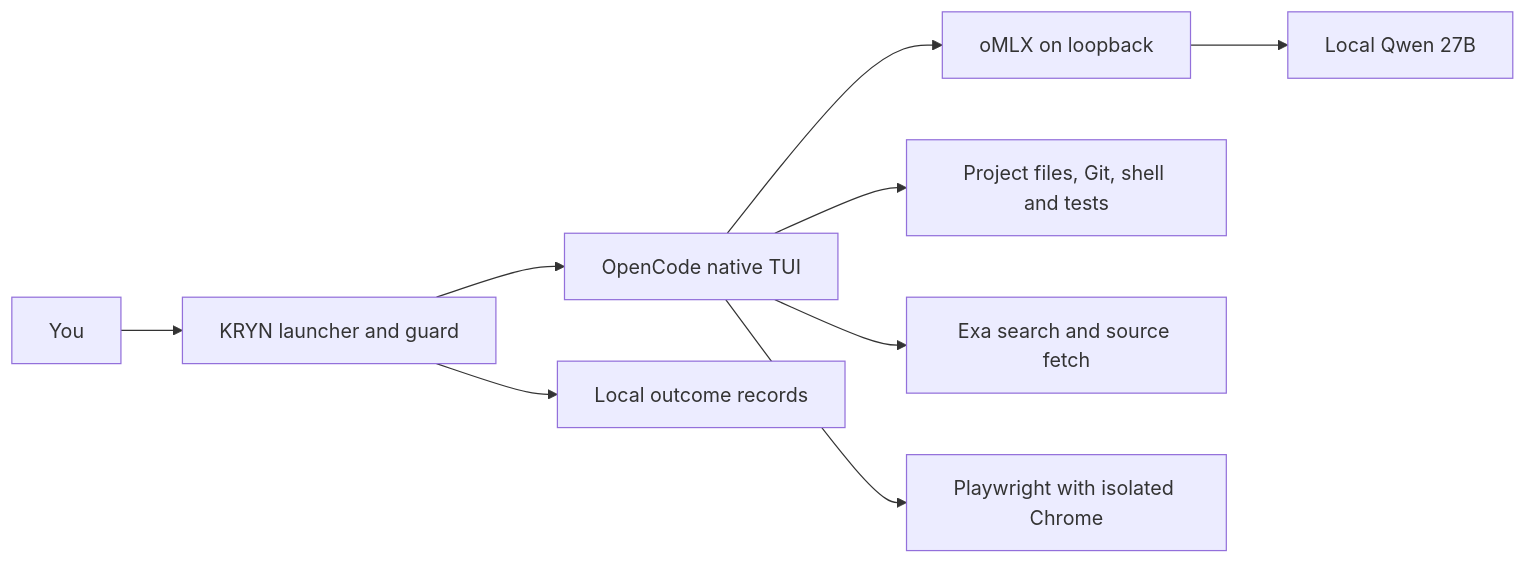
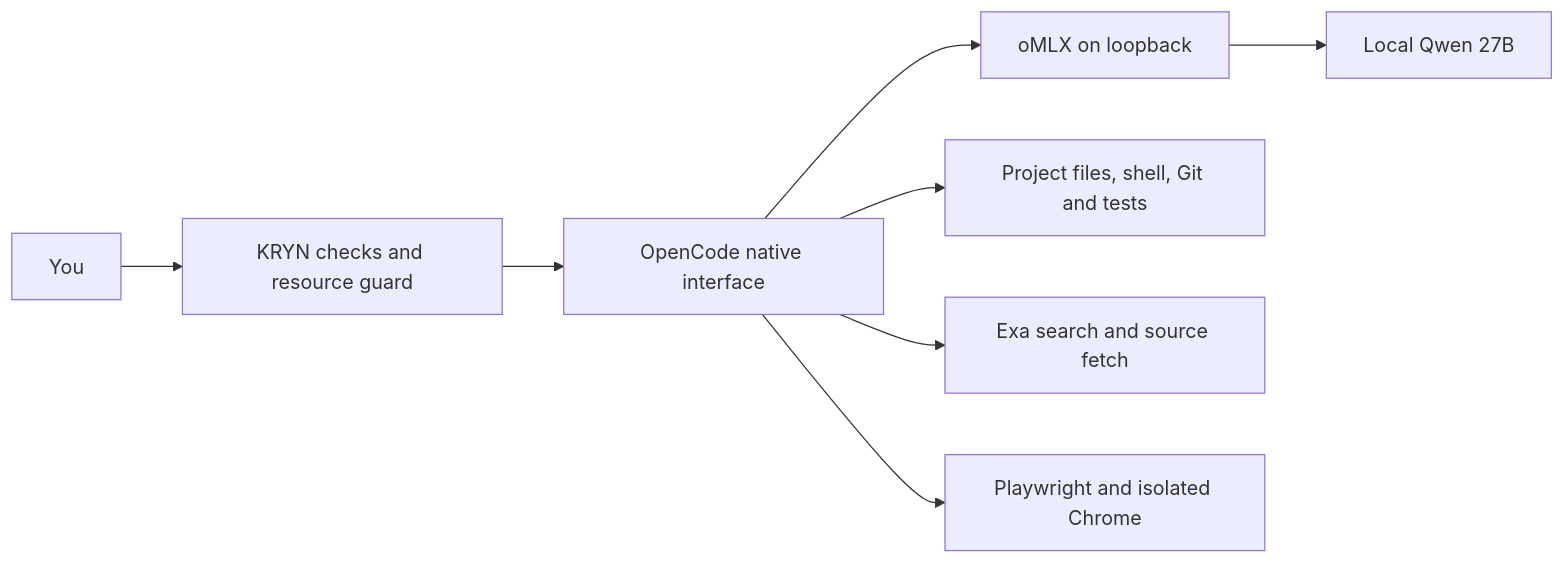
Before and after one commit to PranavMishra28/kryn: the first of 2 diagrams in README.md, drawn with Mermaid. The commit also changed other lines of this file and 10 other files, not shown here.

````diff
--- a/README.md
+++ b/README.md
@@ -60,11 +36,10 @@
-~~~mermaid
+```mermaid
 flowchart LR
-    User[You] --> K[KRYN launcher and guard]
-    K --> O[OpenCode native TUI]
+    U[You] --> K[KRYN checks and resource guard]
+    K --> O[OpenCode native interface]
     O --> L[oMLX on loopback]
     L --> Q[Local Qwen 27B]
-    O --> P[Project files, Git, shell and tests]
+    O --> P[Project files, shell, Git and tests]
     O --> S[Exa search and source fetch]
-    O --> B[Playwright with isolated Chrome]
-    K --> R[Local outcome records]
-~~~
+    O --> B[Playwright and isolated Chrome]
+```
````
